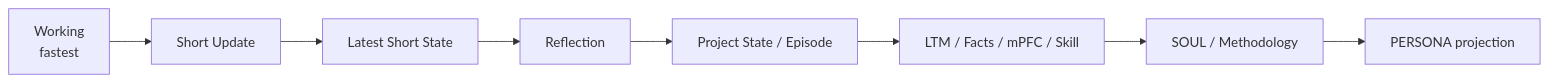
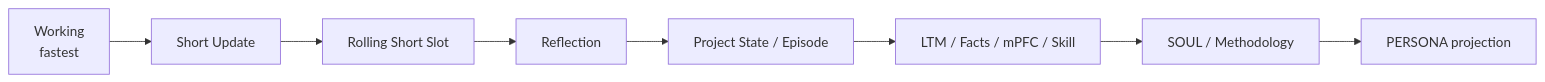
One commit to Ri0n72Y/agent-identity-cycle changed the second of 3 diagrams in docs/architecture.md. Above: the diagram before and after it, drawn with Mermaid. The commit also changed other lines of this file and 7 other files, not shown here.

First line of the commit message:
feat: adopt rolling short-memory slots

````diff
--- a/docs/architecture.md
+++ b/docs/architecture.md
@@ -52,10 +54,10 @@
 ```mermaid
 flowchart LR
     A[Working\nfastest] --> B[Short Update]
-    B --> C[Latest Short State]
+    B --> C[Rolling Short Slot]
     C --> D[Reflection]
     D --> E[Project State / Episode]
     E --> F[LTM / Facts / mPFC / Skill]
     F --> G[SOUL / Methodology]
     G --> H[PERSONA projection]
 ```
````
